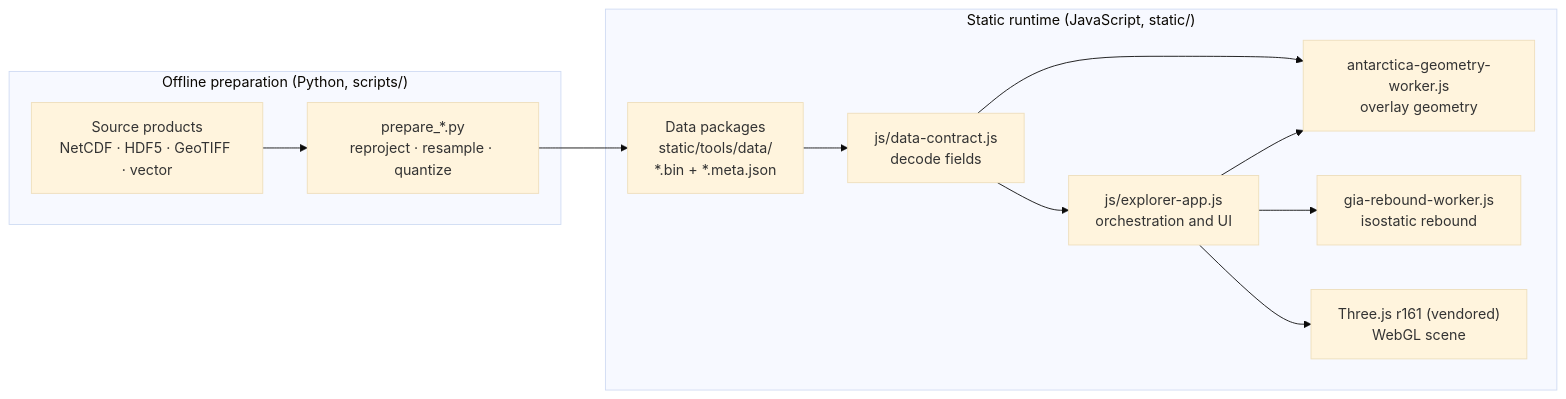
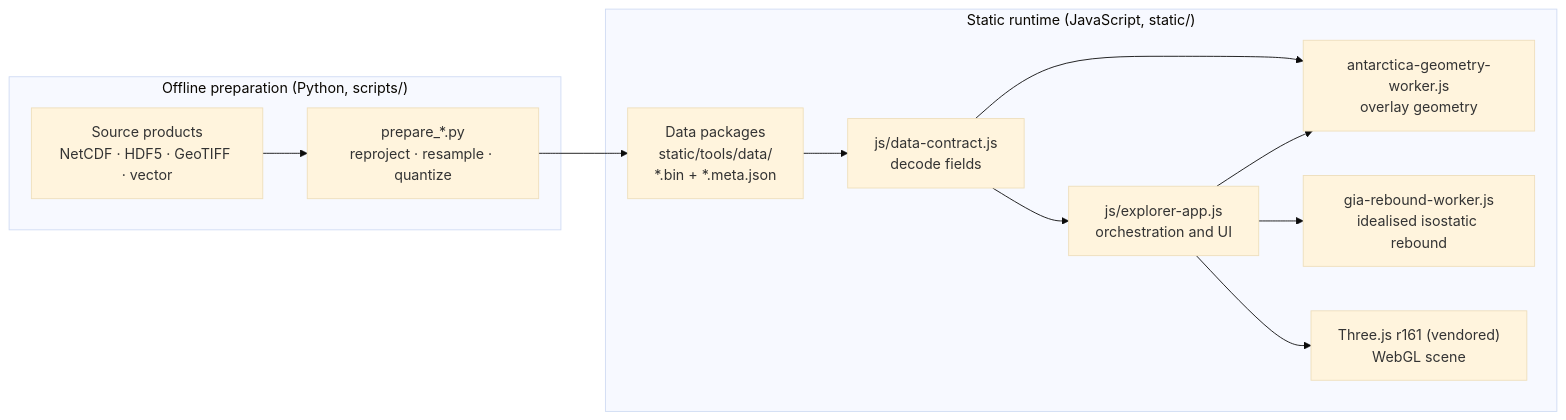
One commit to yuwang115/3d-ice changed the diagram in docs/architecture.md. Above: the diagram before and after it, drawn with Mermaid (base theme). The commit also changed other lines of this file and 4 other files, not shown here.

````diff
--- a/docs/architecture.md
+++ b/docs/architecture.md
@@ -9,15 +9,15 @@
 ```mermaid
 flowchart LR
   subgraph offline["Offline preparation (Python, scripts/)"]
     src["Source products<br/>NetCDF · HDF5 · GeoTIFF · vector"] --> prep["prepare_*.py<br/>reproject · resample · quantize"]
   end
   prep --> pkg["Data packages<br/>static/tools/data/<br/>*.bin + *.meta.json"]
   subgraph runtime["Static runtime (JavaScript, static/)"]
     pkg --> dc["js/data-contract.js<br/>decode fields"]
     dc --> app["js/explorer-app.js<br/>orchestration and UI"]
     dc --> gw["antarctica-geometry-worker.js<br/>overlay geometry"]
     app --> gw
-    app --> rw["gia-rebound-worker.js<br/>isostatic rebound"]
+    app --> rw["gia-rebound-worker.js<br/>idealised isostatic rebound"]
     app --> three["Three.js r161 (vendored)<br/>WebGL scene"]
   end
 ```
````
